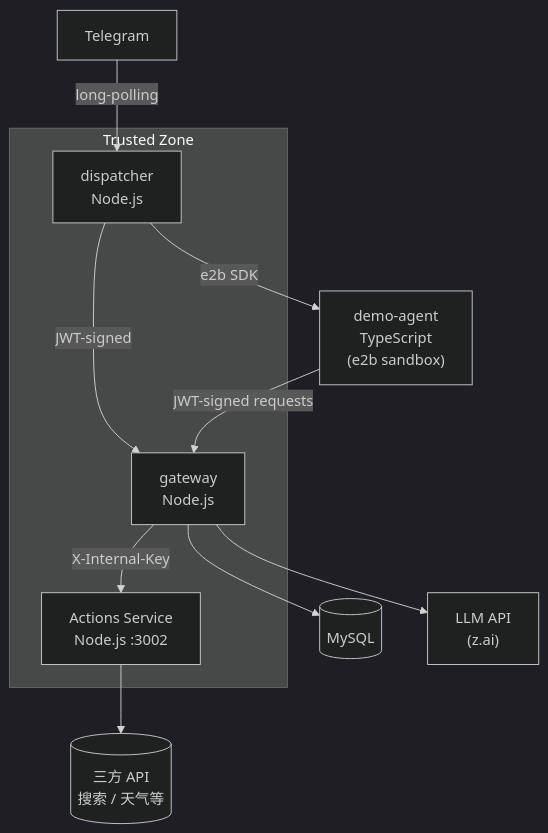
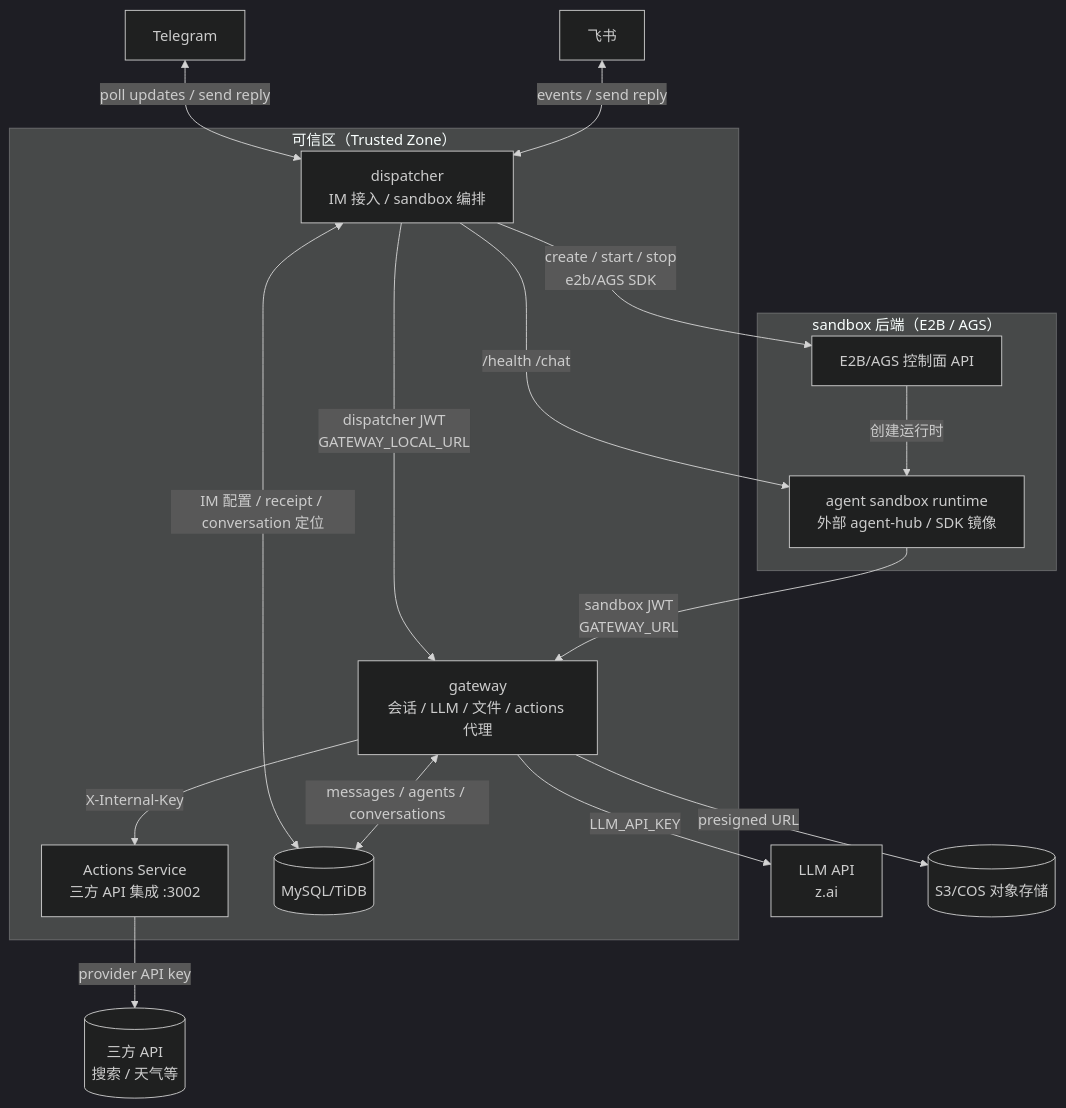
Before and after one commit to hongliang-zhang/ai_employee_platform: the diagram in ARCHITECTURE.md, drawn with Mermaid (dark theme). The commit also changed other lines of this file and 38 other files, not shown here.

Commit message:
docs: refresh Agent Runtime documentation

````diff
--- a/ARCHITECTURE.md
+++ b/ARCHITECTURE.md
@@ -17,25 +14,38 @@
 ```mermaid
 flowchart TD
-    Telegram
+    Telegram["Telegram"]
+    Feishu["飞书"]
 
-    subgraph trusted["Trusted Zone"]
-        dispatcher["dispatcher\nNode.js"]
-        gateway["gateway\nNode.js"]
-        actions["Actions Service\nNode.js :3002"]
+    subgraph trusted["可信区（Trusted Zone）"]
+        dispatcher["dispatcher\nIM 接入 / sandbox 编排"]
+        gateway["gateway\n会话 / LLM / 文件 / actions 代理"]
+        actions["Actions Service\n三方 API 集成 :3002"]
+        MySQL[("MySQL/TiDB")]
     end
 
-    sandbox["demo-agent\nTypeScript\n(e2b sandbox)"]
+    subgraph sandboxCloud["sandbox 后端（E2B / AGS）"]
+        sandboxApi["E2B/AGS 控制面 API"]
+        sandbox["agent sandbox runtime\n外部 agent-hub / SDK 镜像"]
+    end
 
-    MySQL[("MySQL")]
-    LLM["LLM API\n(z.ai)"]
+    LLM["LLM API\nz.ai"]
+    ObjectStorage[("S3/COS 对象存储")]
     ThirdParty[("三方 API\n搜索 / 天气等")]
 
-    Telegram -- "long-polling" --> dispatcher
-    dispatcher -- "JWT-signed" --> gateway
-    dispatcher -- "e2b SDK" --> sandbox
-    sandbox -- "JWT-signed requests" --> gateway
-    gateway --> MySQL
-    gateway --> LLM
-    gateway -- "X-Internal-Key" --> actions
-    actions --> ThirdParty
+    Telegram <--> |"poll updates / send reply"| dispatcher
+    Feishu <--> |"events / send reply"| dispatcher
+
+    dispatcher <--> |"IM 配置 / receipt / conversation 定位"| MySQL
+    dispatcher --> |"dispatcher JWT\nGATEWAY_LOCAL_URL"| gateway
+    dispatcher --> |"create / start / stop\ne2b/AGS SDK"| sandboxApi
+    sandboxApi --> |"创建运行时"| sandbox
+    dispatcher --> |"/health /chat"| sandbox
+
+    sandbox --> |"sandbox JWT\nGATEWAY_URL"| gateway
+
+    gateway <--> |"messages / agents / conversations"| MySQL
+    gateway --> |"LLM_API_KEY"| LLM
+    gateway --> |"presigned URL"| ObjectStorage
+    gateway --> |"X-Internal-Key"| actions
+    actions --> |"provider API key"| ThirdParty
 ```
````
